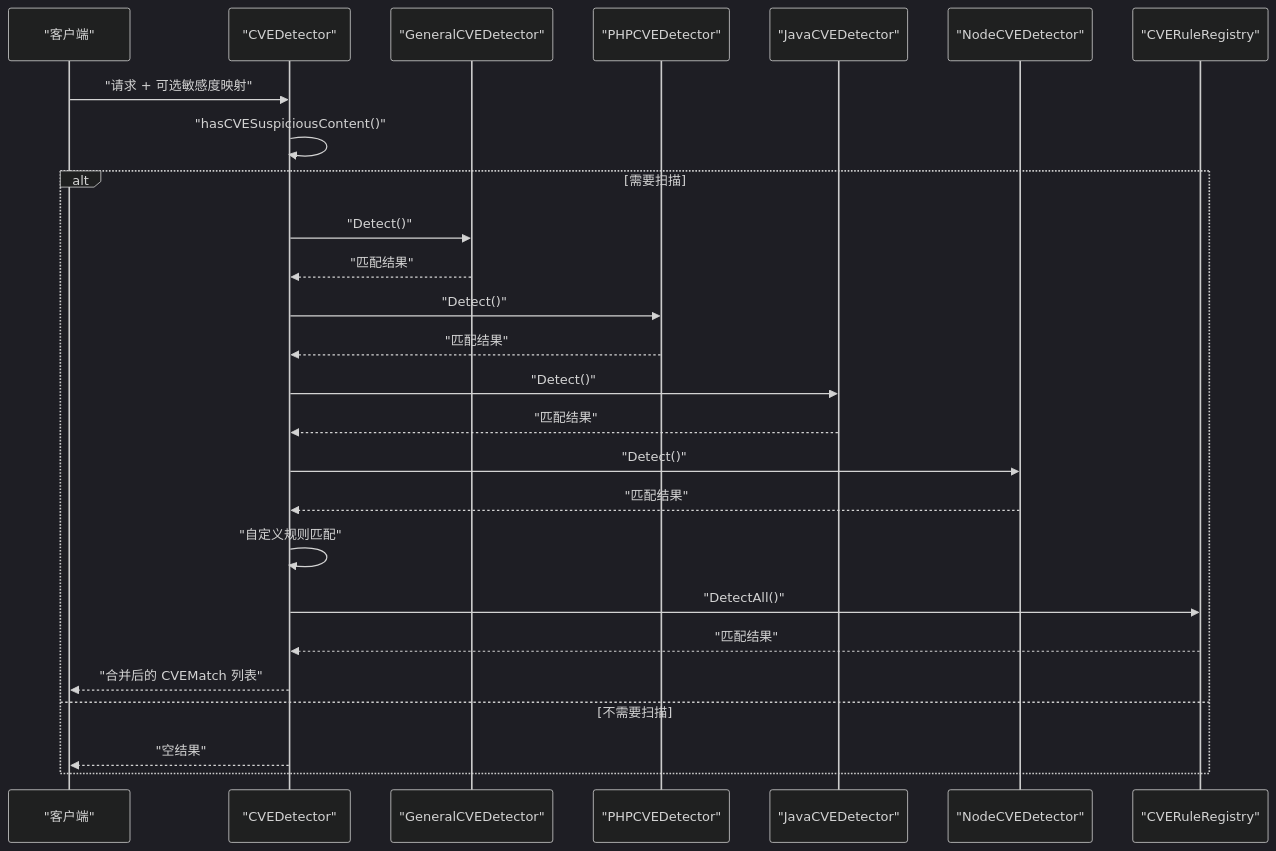
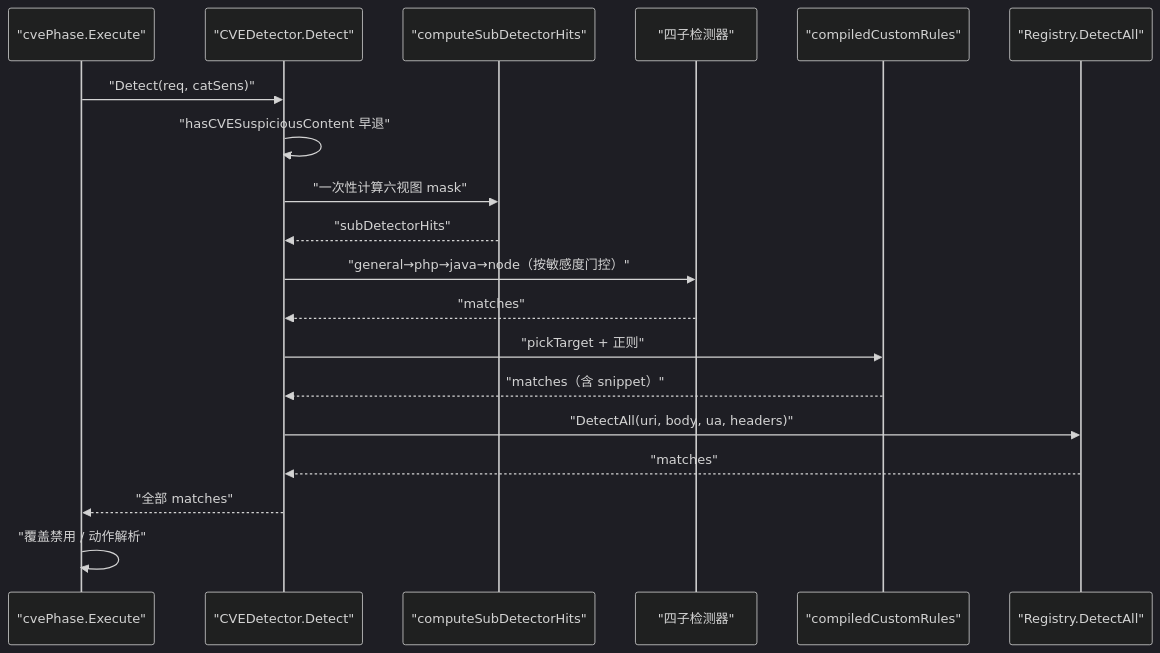
The second of 5 diagrams in docs/安全防护功能/CVE 漏洞检测/CVE 检测器架构.md (x01n/My-OpenWaf), drawn with Mermaid (dark theme) before and after one commit. The commit also changed other lines of this file and 622 other files, not shown here.

````diff
--- a/docs/安全防护功能/CVE 漏洞检测/CVE 检测器架构.md
+++ b/docs/安全防护功能/CVE 漏洞检测/CVE 检测器架构.md
@@ -107,28 +111,21 @@
 ```mermaid
 sequenceDiagram
-participant Client as "客户端"
-participant Detector as "CVEDetector"
-participant General as "GeneralCVEDetector"
-participant PHP as "PHPCVEDetector"
-participant Java as "JavaCVEDetector"
-participant Node as "NodeCVEDetector"
-participant Registry as "CVERuleRegistry"
-Client->>Detector : "请求 + 可选敏感度映射"
-Detector->>Detector : "hasCVESuspiciousContent()"
-alt 需要扫描
-Detector->>General : "Detect()"
-General-->>Detector : "匹配结果"
-Detector->>PHP : "Detect()"
-PHP-->>Detector : "匹配结果"
-Detector->>Java : "Detect()"
-Java-->>Detector : "匹配结果"
-Detector->>Node : "Detect()"
-Node-->>Detector : "匹配结果"
-Detector->>Detector : "自定义规则匹配"
-Detector->>Registry : "DetectAll()"
-Registry-->>Detector : "匹配结果"
-Detector-->>Client : "合并后的 CVEMatch 列表"
-else 不需要扫描
-Detector-->>Client : "空结果"
-end
+participant PH as "cvePhase.Execute"
+participant CD as "CVEDetector.Detect"
+participant H as "computeSubDetectorHits"
+participant SUB as "四子检测器"
+participant CU as "compiledCustomRules"
+participant REG as "Registry.DetectAll"
+PH->>CD : "Detect(req, catSens)"
+CD->>CD : "hasCVESuspiciousContent 早退"
+CD->>H : "一次性计算六视图 mask"
+H-->>CD : "subDetectorHits"
+CD->>SUB : "general→php→java→node（按敏感度门控）"
+SUB-->>CD : "matches"
+CD->>CU : "pickTarget + 正则"
+CU-->>CD : "matches（含 snippet）"
+CD->>REG : "DetectAll(uri, body, ua, headers)"
+REG-->>CD : "matches"
+CD-->>PH : "全部 matches"
+PH->>PH : "覆盖禁用 / 动作解析"
 ```
````
